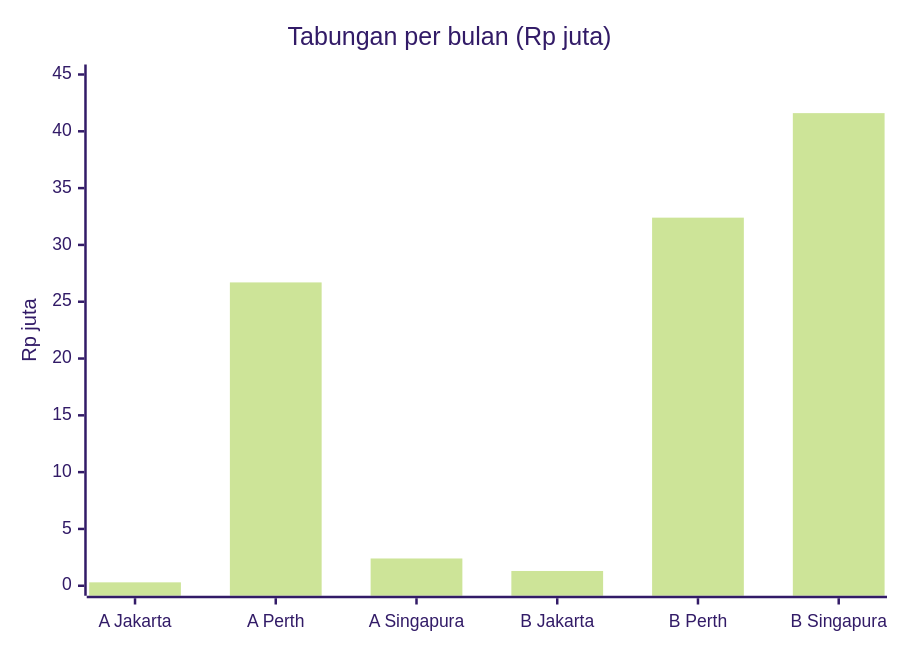
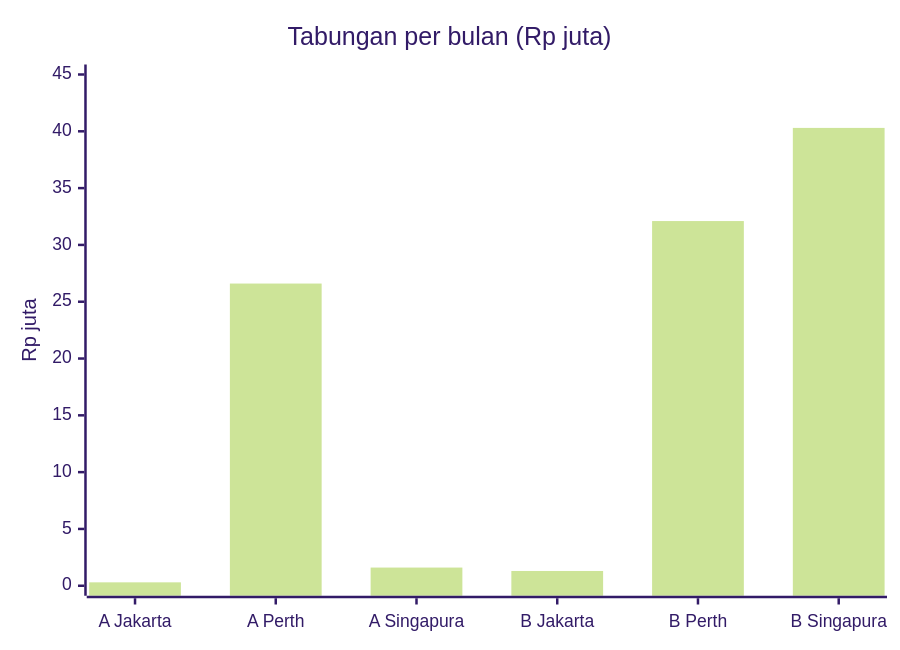
Before and after one commit to adjiebrotot/blog: the first of 2 diagrams in id/_posts/2026-10-25-kabur-aja-dulu.md, drawn with Mermaid (forest theme). The commit also changed other lines of this file, not shown here.

````diff
--- a/id/_posts/2026-10-25-kabur-aja-dulu.md
+++ b/id/_posts/2026-10-25-kabur-aja-dulu.md
@@ -113,7 +117,7 @@
 ```mermaid
 xychart-beta
   title "Tabungan per bulan (Rp juta)"
   x-axis ["A Jakarta", "A Perth", "A Singapura", "B Jakarta", "B Perth", "B Singapura"]
   y-axis "Rp juta" 0 --> 45
-  bar [0.3, 26.7, 2.4, 1.3, 32.4, 41.6]
+  bar [0.3, 26.6, 1.6, 1.3, 32.1, 40.3]
 ```
````
